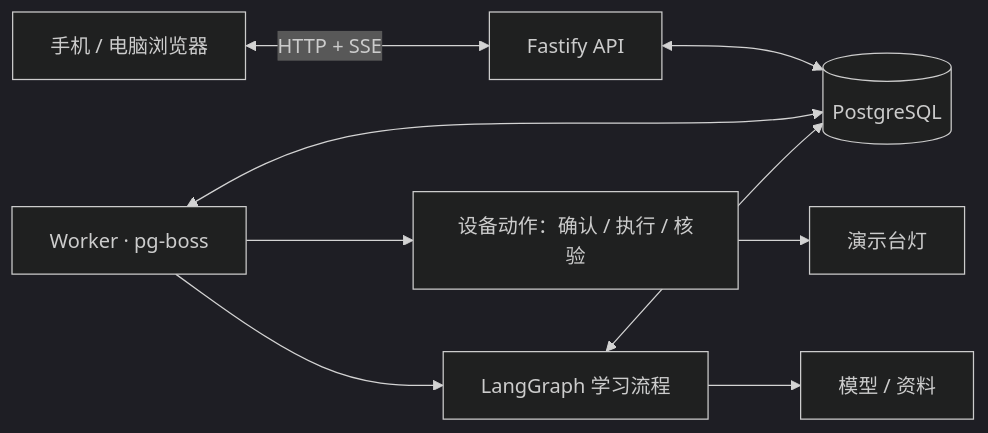
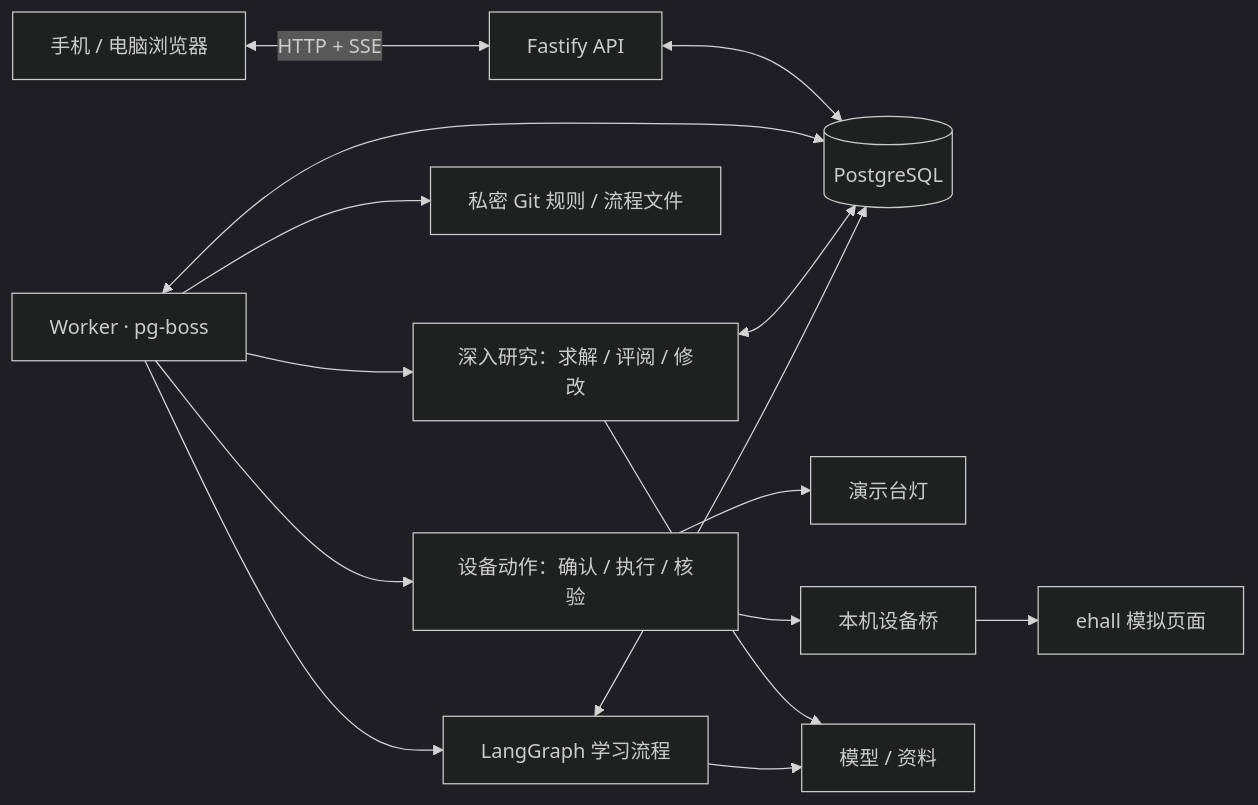
The diagram in README.md (zzzfu411/yeux-assistant), drawn with Mermaid (dark theme) before and after one commit. The commit also changed other lines of this file and 8 other files, not shown here.

````diff
--- a/README.md
+++ b/README.md
@@ -82,11 +86,17 @@
 ```mermaid
 flowchart LR
     Web[手机 / 电脑浏览器] <-->|HTTP + SSE| API[Fastify API]
     API <--> DB[(PostgreSQL)]
     Worker[Worker · pg-boss] <--> DB
     Worker --> Devices[设备动作：确认 / 执行 / 核验]
     Devices --> Demo[演示台灯]
+    Devices --> Bridge[本机设备桥]
+    Bridge --> Ehall[ehall 模拟页面]
+    Worker --> Workspace[私密 Git 规则 / 流程文件]
+    Worker --> Research[深入研究：求解 / 评阅 / 修改]
+    Research <--> DB
+    Research --> Model
     Worker --> Flow[LangGraph 学习流程]
     Flow <--> DB
     Flow --> Model[模型 / 资料]
 ```
````
